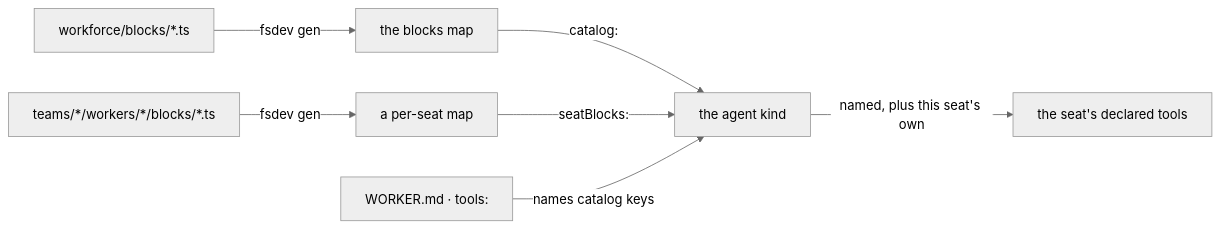
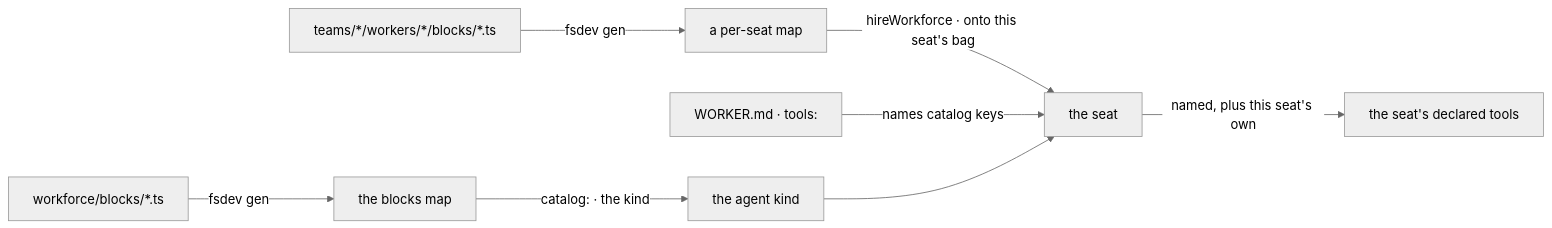
One commit to fixpoint-labs/flow-state-dev changed the diagram in spec/FIX-1416/SPEC.md. Above: the diagram before and after it, drawn with Mermaid (neutral theme). The commit also changed other lines of this file and 4 other files, not shown here.

````diff
--- a/spec/FIX-1416/SPEC.md
+++ b/spec/FIX-1416/SPEC.md
@@ -70,9 +79,10 @@
 ```mermaid
 flowchart LR
   F["workforce/blocks/*.ts"] -->|"fsdev gen"| M["the blocks map"]
   S["teams/*/workers/*/blocks/*.ts"] -->|"fsdev gen"| P["a per-seat map"]
-  M -->|"catalog:"| K["the agent kind"]
-  P -->|"seatBlocks:"| K
-  W["WORKER.md · tools:"] -->|"names catalog keys"| K
-  K -->|"named, plus this seat's own"| G["the seat's declared tools"]
+  M -->|"catalog: · the kind"| K["the agent kind"]
+  P -->|"hireWorkforce · onto this seat's bag"| H["the seat"]
+  W["WORKER.md · tools:"] -->|"names catalog keys"| H
+  K --> H
+  H -->|"named, plus this seat's own"| G["the seat's declared tools"]
 ```
````
